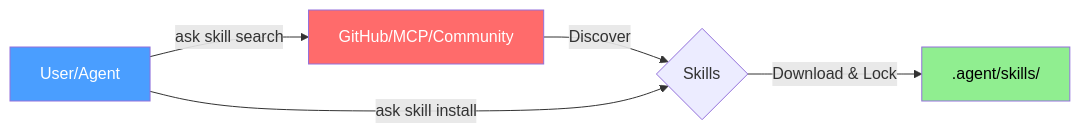
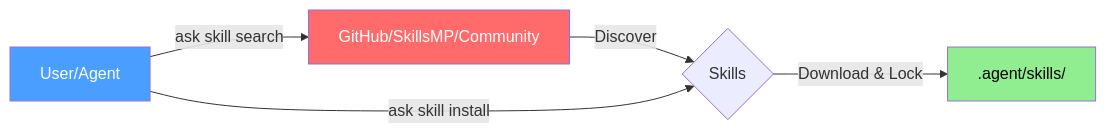
Before and after one commit to rzyns/ask: the diagram in README.md, drawn with Mermaid. The commit also changed other lines of this file and 1 other file, not shown here.

````diff
--- a/README.md
+++ b/README.md
@@ -36,11 +40,11 @@
 ```mermaid
 graph LR
-    User[User/Agent] -->|ask skill search| Sources[GitHub/MCP/Community]
+    User[User/Agent] -->|ask skill search| Sources[GitHub/SkillsMP/Community]
     Sources -->|Discover| Skills{Skills}
     User -->|ask skill install| Skills
     Skills -->|Download & Lock| Agent[.agent/skills/]
     
     style User fill:#4a9eff,color:white
     style Sources fill:#ff6b6b,color:white
     style Agent fill:#90ee90,color:black
 ```
````
